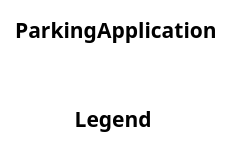
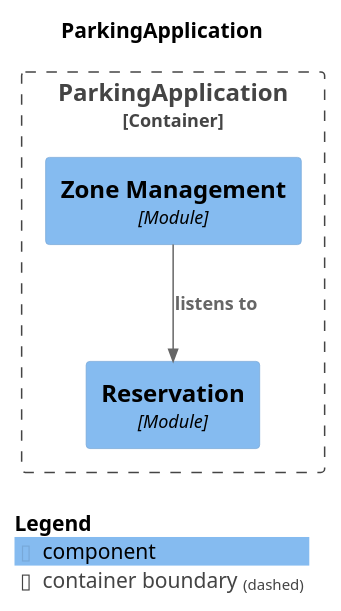
The diagram in target/spring-modulith-docs/components.puml (VladTZY/Erasmus-CarParking), drawn with PlantUML before and after one commit. The commit also changed 45 other files, not shown here.

```diff
--- a/target/spring-modulith-docs/components.puml
+++ b/target/spring-modulith-docs/components.puml
@@ -1,12 +1,19 @@
 @startuml
 set separator none
 title ParkingApplication
 
 top to bottom direction
 
 !include <C4/C4>
 !include <C4/C4_Context>
+!include <C4/C4_Component>
 
+Container_Boundary("ParkingApplication.ParkingApplication_boundary", "ParkingApplication", $tags="") {
+  Component(ParkingApplication.ParkingApplication.Reservation, "Reservation", $techn="Module", $descr="", $tags="", $link="")
+  Component(ParkingApplication.ParkingApplication.ZoneManagement, "Zone Management", $techn="Module", $descr="", $tags="", $link="")
+}
+
+Rel(ParkingApplication.ParkingApplication.ZoneManagement, ParkingApplication.ParkingApplication.Reservation, "listens to", $techn="", $tags="", $link="")
 
 SHOW_LEGEND(true)
 @enduml
```
